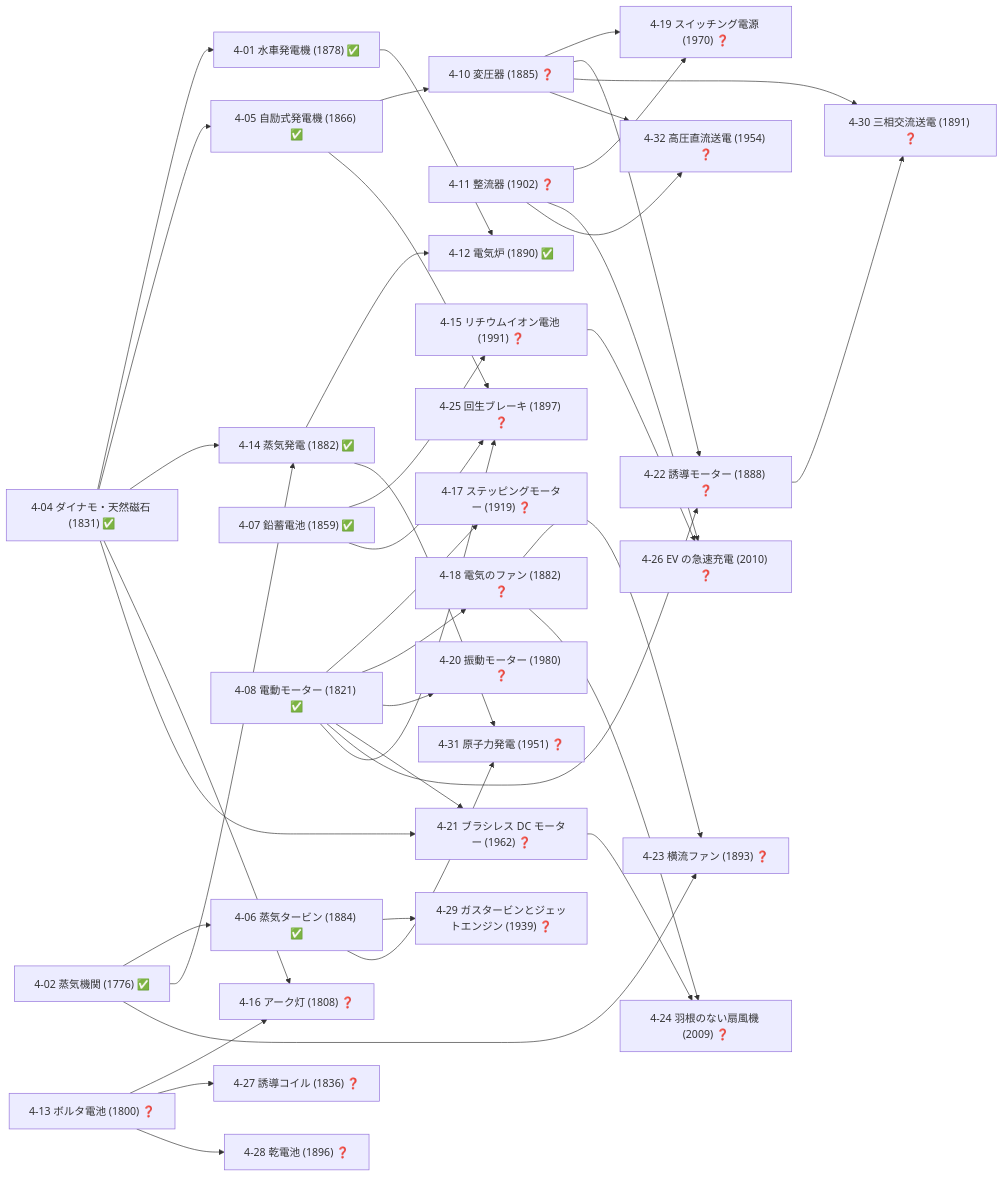
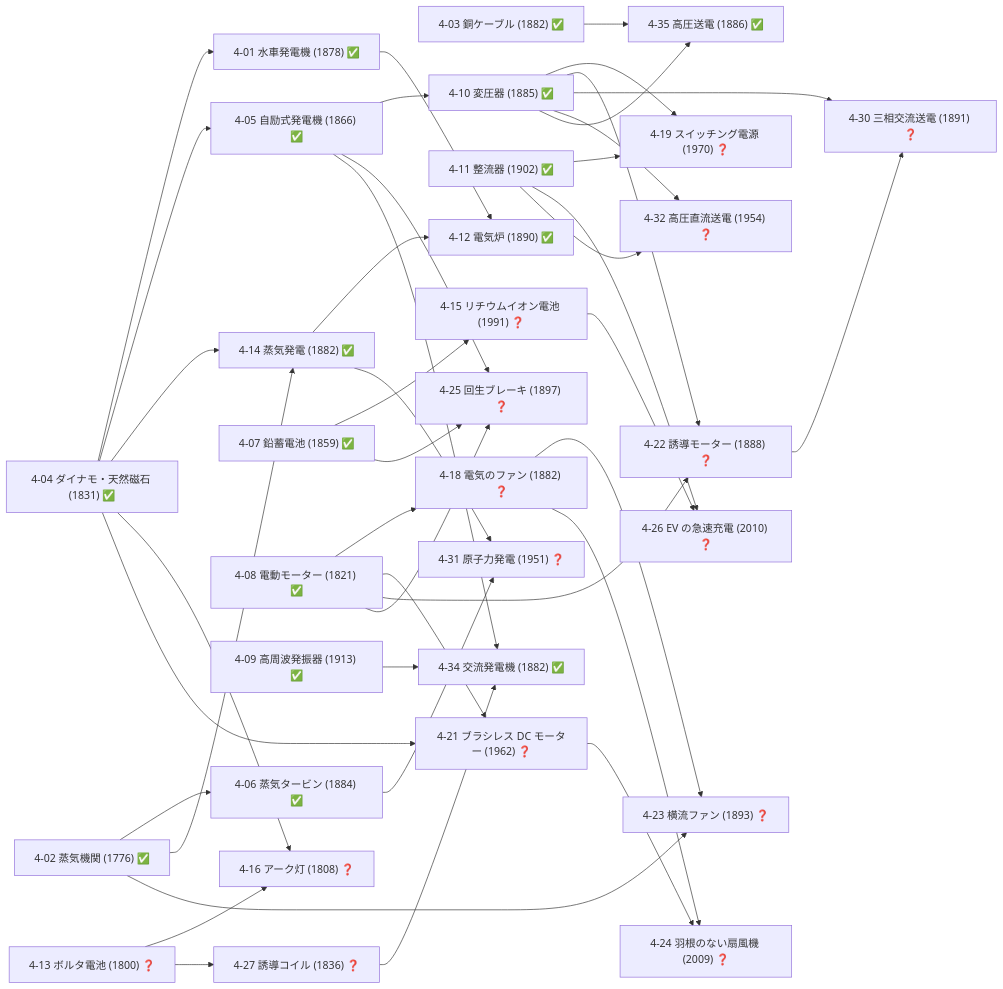
Before and after one commit to taku3i0317-collab/semiconductor-lab: the seventh of 19 diagrams in docs/TECH_TREE_VIEW.md, drawn with Mermaid. The commit also changed other lines of this file and 10 other files, not shown here.

````diff
--- a/docs/TECH_TREE_VIEW.md
+++ b/docs/TECH_TREE_VIEW.md
@@ -376,71 +376,72 @@
 ```mermaid
 graph LR
   n4_01["4-01 水車発電機 (1878) ✅"]
   n4_02["4-02 蒸気機関 (1776) ✅"]
+  n4_03["4-03 銅ケーブル (1882) ✅"]
   n4_04["4-04 ダイナモ・天然磁石 (1831) ✅"]
   n4_05["4-05 自励式発電機 (1866) ✅"]
   n4_06["4-06 蒸気タービン (1884) ✅"]
   n4_07["4-07 鉛蓄電池 (1859) ✅"]
   n4_08["4-08 電動モーター (1821) ✅"]
-  n4_10["4-10 変圧器 (1885) ❓"]
-  n4_11["4-11 整流器 (1902) ❓"]
+  n4_09["4-09 高周波発振器 (1913) ✅"]
+  n4_10["4-10 変圧器 (1885) ✅"]
+  n4_11["4-11 整流器 (1902) ✅"]
   n4_12["4-12 電気炉 (1890) ✅"]
   n4_13["4-13 ボルタ電池 (1800) ❓"]
   n4_14["4-14 蒸気発電 (1882) ✅"]
   n4_15["4-15 リチウムイオン電池 (1991) ❓"]
   n4_16["4-16 アーク灯 (1808) ❓"]
-  n4_17["4-17 ステッピングモーター (1919) ❓"]
   n4_18["4-18 電気のファン (1882) ❓"]
   n4_19["4-19 スイッチング電源 (1970) ❓"]
-  n4_20["4-20 振動モーター (1980) ❓"]
   n4_21["4-21 ブラシレス DC モーター (1962) ❓"]
   n4_22["4-22 誘導モーター (1888) ❓"]
   n4_23["4-23 横流ファン (1893) ❓"]
   n4_24["4-24 羽根のない扇風機 (2009) ❓"]
   n4_25["4-25 回生ブレーキ (1897) ❓"]
   n4_26["4-26 EV の急速充電 (2010) ❓"]
   n4_27["4-27 誘導コイル (1836) ❓"]
-  n4_28["4-28 乾電池 (1896) ❓"]
-  n4_29["4-29 ガスタービンとジェットエンジン (1939) ❓"]
   n4_30["4-30 三相交流送電 (1891) ❓"]
   n4_31["4-31 原子力発電 (1951) ❓"]
   n4_32["4-32 高圧直流送電 (1954) ❓"]
+  n4_34["4-34 交流発電機 (1882) ✅"]
+  n4_35["4-35 高圧送電 (1886) ✅"]
   n4_04-->n4_01
   n4_04-->n4_05
   n4_02-->n4_06
   n4_05-->n4_10
   n4_01-->n4_12
   n4_14-->n4_12
   n4_02-->n4_14
   n4_04-->n4_14
   n4_07-->n4_15
   n4_04-->n4_16
   n4_13-->n4_16
-  n4_08-->n4_17
   n4_08-->n4_18
   n4_10-->n4_19
   n4_11-->n4_19
-  n4_08-->n4_20
   n4_04-->n4_21
   n4_08-->n4_21
   n4_08-->n4_22
   n4_10-->n4_22
   n4_02-->n4_23
   n4_18-->n4_23
   n4_18-->n4_24
   n4_21-->n4_24
   n4_05-->n4_25
   n4_07-->n4_25
   n4_08-->n4_25
   n4_11-->n4_26
   n4_15-->n4_26
   n4_13-->n4_27
-  n4_13-->n4_28
-  n4_06-->n4_29
   n4_10-->n4_30
   n4_22-->n4_30
   n4_06-->n4_31
   n4_14-->n4_31
   n4_10-->n4_32
   n4_11-->n4_32
+  n4_05-->n4_34
+  n4_09-->n4_34
+  n4_27-->n4_34
+  n4_03-->n4_35
+  n4_10-->n4_35
 ```
````
